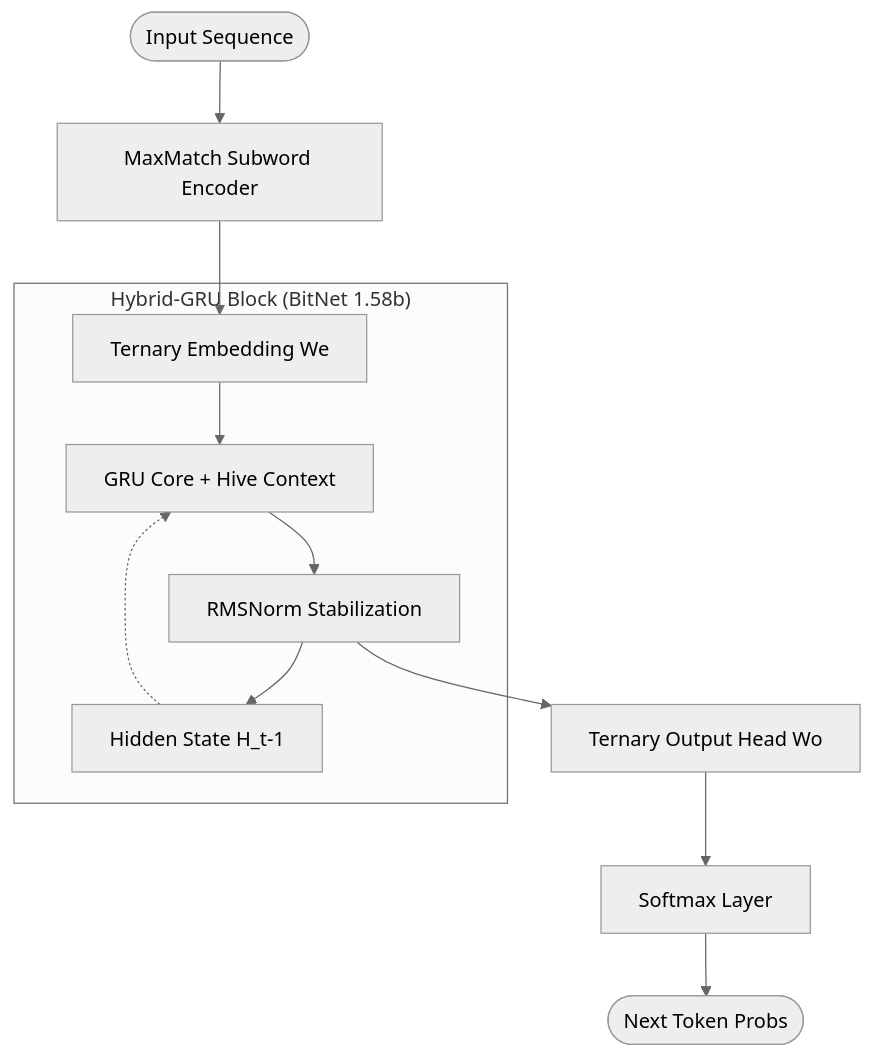
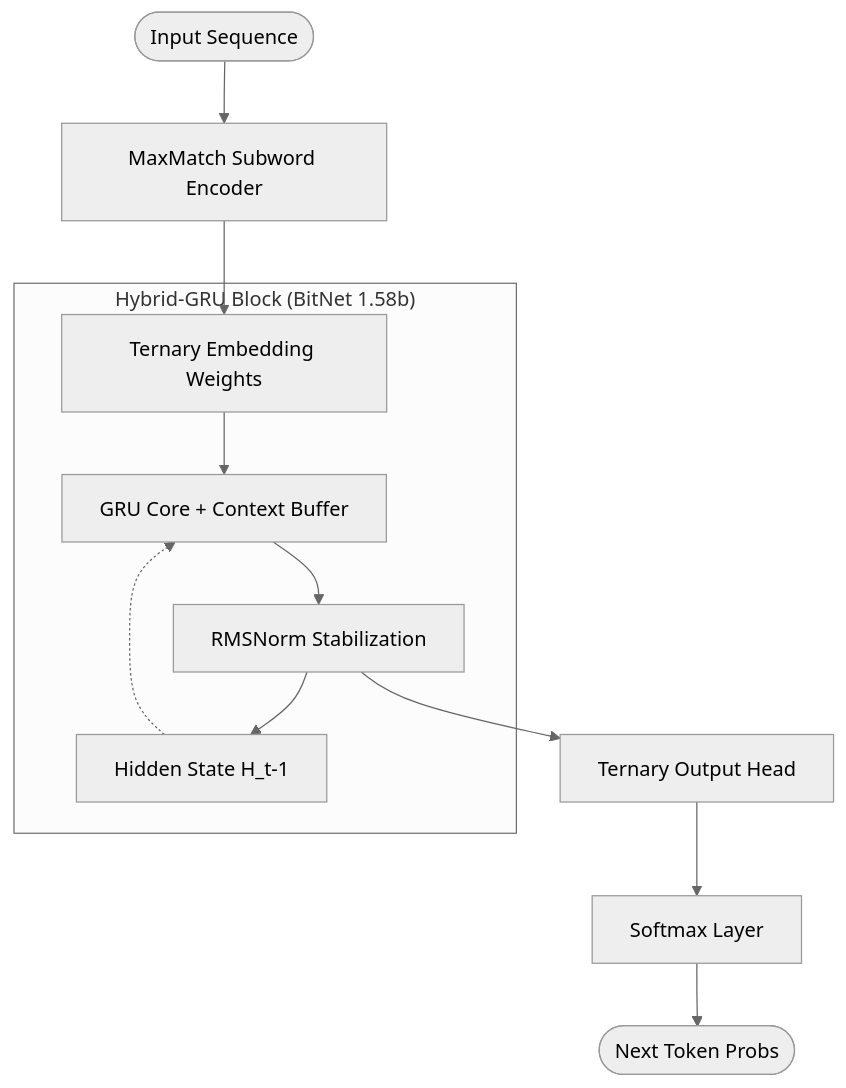
The diagram in README.md (sumithkumar07/Hybrid-GRU), drawn with Mermaid (neutral theme) before and after one commit. The commit also changed other lines of this file and 1 other file, not shown here.

````diff
--- a/README.md
+++ b/README.md
@@ -38,16 +52,16 @@
 ```mermaid
 graph TD
     Input([Input Sequence]) --> Tokenizer[MaxMatch Subword Encoder]
-    Tokenizer --> Embedding[Ternary Embedding We]
+    Tokenizer --> Embedding[Ternary Embedding Weights]
     
     subgraph "Hybrid-GRU Block (BitNet 1.58b)"
-        Embedding --> GRU[GRU Core + Hive Context]
+        Embedding --> GRU[GRU Core + Context Buffer]
         GRU --> Norm[RMSNorm Stabilization]
         Norm --> Recurrence[Hidden State H_t-1]
         Recurrence -.-> GRU
     end
     
-    Norm --> Head[Ternary Output Head Wo]
+    Norm --> Head[Ternary Output Head]
     Head --> Softmax[Softmax Layer]
     Softmax --> Output([Next Token Probs])
 ```
````
